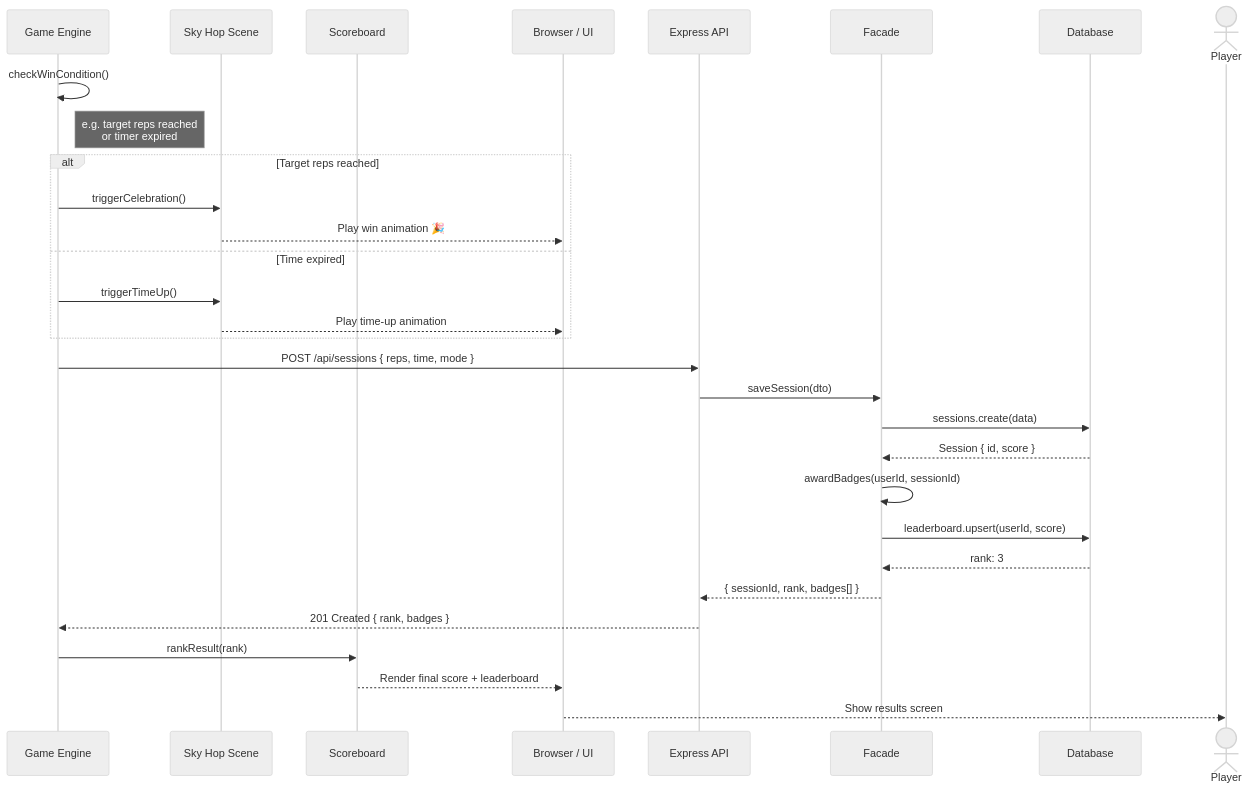
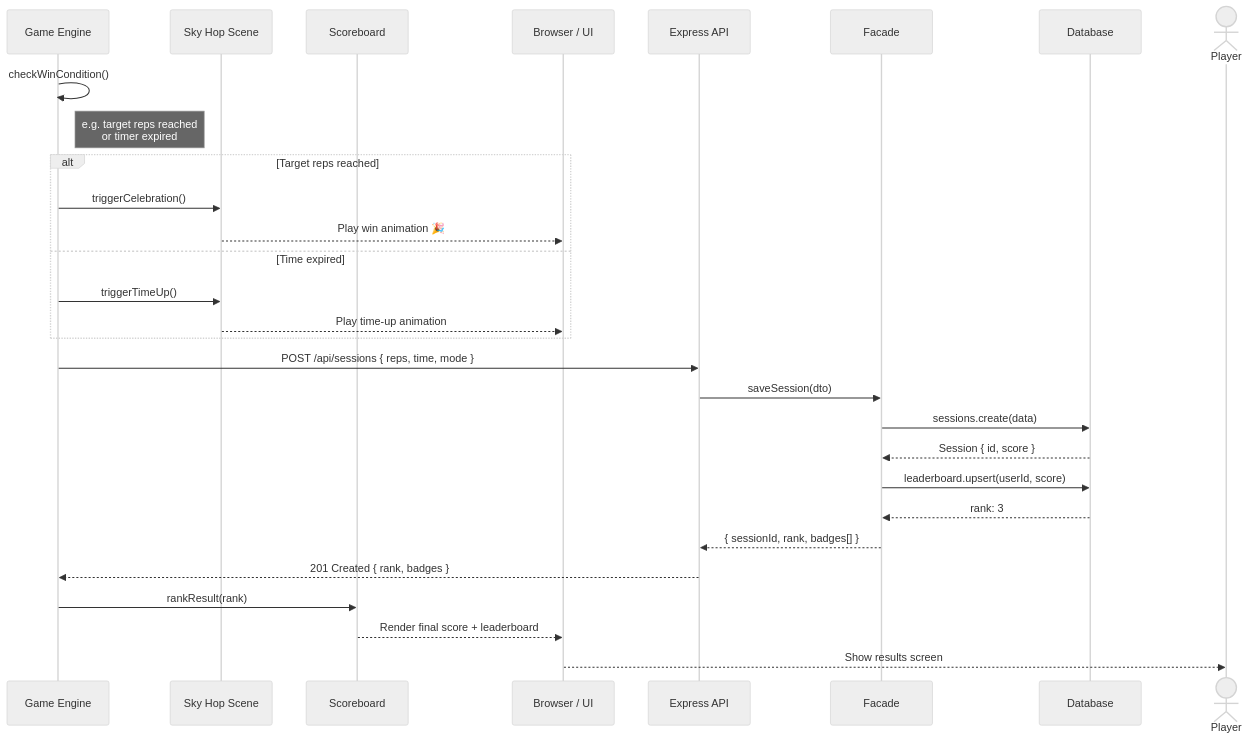
Before and after one commit to MattW-12106/fitness-portfolio: the fourth of 5 diagrams in Stage_3/high-level-diagram.md, drawn with Mermaid (neutral theme).

````diff
--- a/Stage_3/high-level-diagram.md
+++ b/Stage_3/high-level-diagram.md
@@ -103,35 +103,34 @@
 ```mermaid
 sequenceDiagram
   participant GE as Game Engine
   participant Scene as Sky Hop Scene
   participant SB as Scoreboard
   participant Browser as Browser / UI
   participant API as Express API
   participant Facade
   participant DB as Database
   actor Player
 
   GE->>GE: checkWinCondition()
   Note right of GE: e.g. target reps reached<br/>or timer expired
 
   alt Target reps reached
     GE->>Scene: triggerCelebration()
     Scene-->>Browser: Play win animation 🎉
   else Time expired
     GE->>Scene: triggerTimeUp()
     Scene-->>Browser: Play time-up animation
   end
 
   GE->>API: POST /api/sessions { reps, time, mode }
   API->>Facade: saveSession(dto)
   Facade->>DB: sessions.create(data)
   DB-->>Facade: Session { id, score }
-  Facade->>Facade: awardBadges(userId, sessionId)
   Facade->>DB: leaderboard.upsert(userId, score)
   DB-->>Facade: rank: 3
   Facade-->>API: { sessionId, rank, badges[] }
   API-->>GE: 201 Created { rank, badges }
   GE->>SB: rankResult(rank)
   SB-->>Browser: Render final score + leaderboard
   Browser-->>Player: Show results screen
 ```
````
